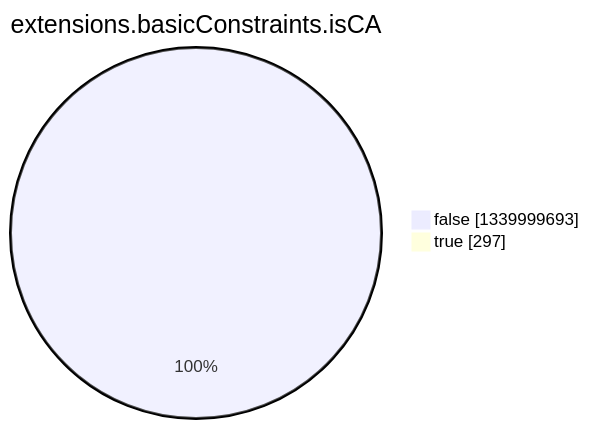
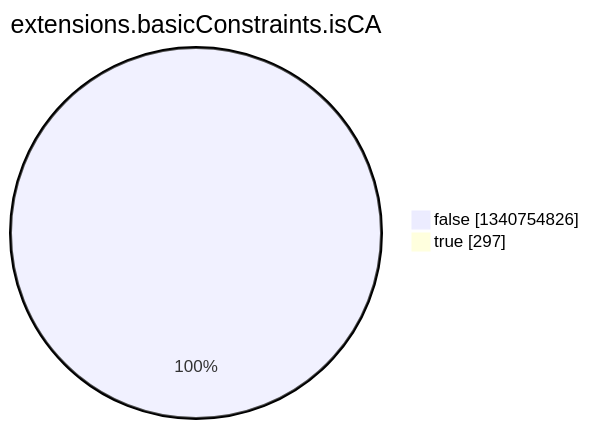
One commit to christiankrug/ctmonitor_visualization changed the eighth of 15 diagrams in argon2022/README.md. Above: the diagram before and after it, drawn with Mermaid. The commit also changed other lines of this file, not shown here.

````diff
--- a/argon2022/README.md
+++ b/argon2022/README.md
@@ -2758,6 +2758,6 @@
 ```mermaid
 pie showData
 title extensions.basicConstraints.isCA
-"false" :1339999693
+"false" :1340754826
 "true" :297
 ```
````
